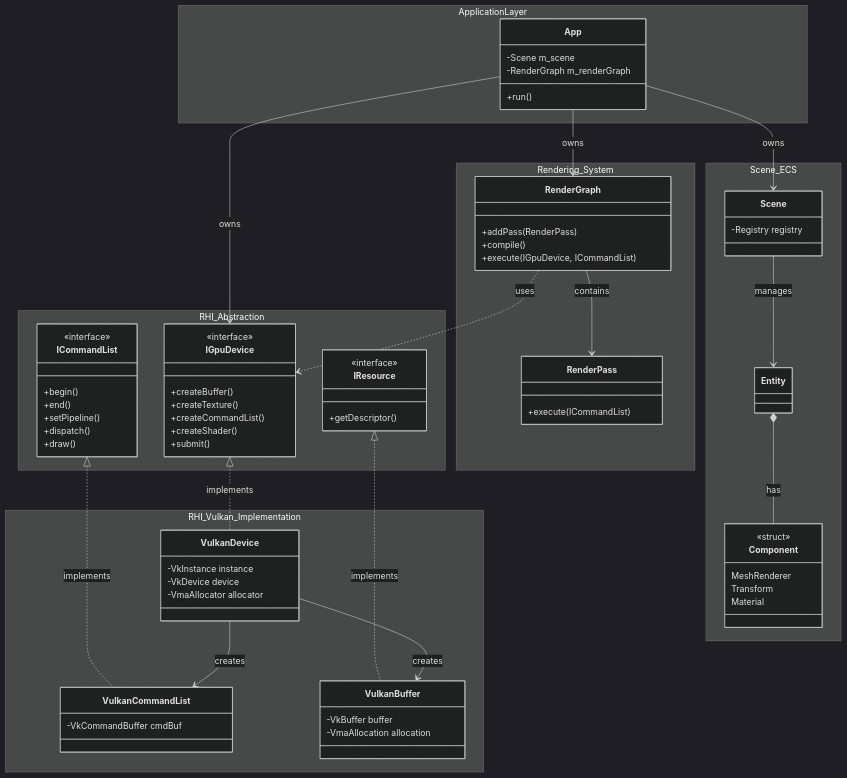
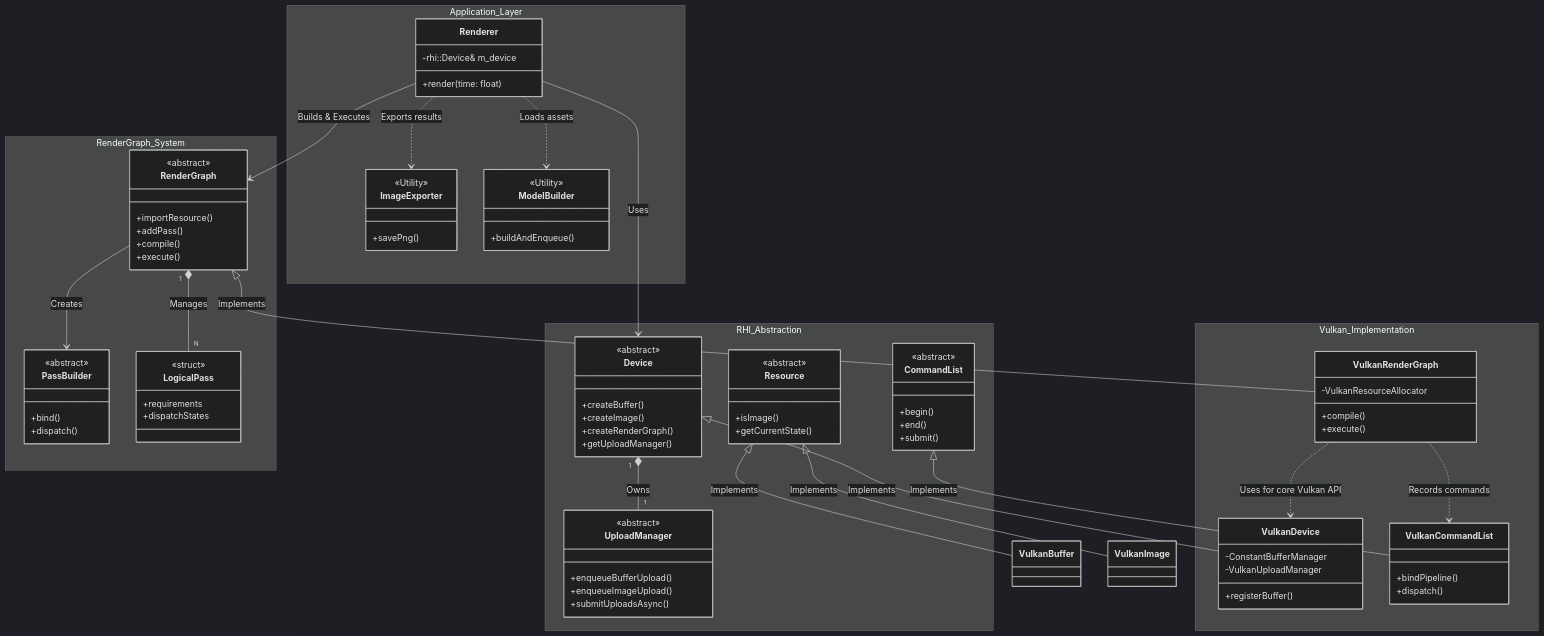
One commit to Totan256/MyRenderer changed the diagram in udm.md. Above: the diagram before and after it, drawn with Mermaid (dark theme). The commit also changed other lines of this file and 22 other files, not shown here.

````diff
--- a/udm.md
+++ b/udm.md
@@ -86,99 +1,100 @@
 ```mermaid
 classDiagram
-    namespace ApplicationLayer {
-        class App {
-            +run()
-            -Scene m_scene
-            -RenderGraph m_renderGraph
+    namespace Application_Layer {
+        class Renderer {
+            -rhi::Device& m_device
+            +render(time: float)
+        }
+        class ImageExporter {
+            <<Utility>>
+            +savePng()
+        }
+        class ModelBuilder {
+            <<Utility>>
+            +buildAndEnqueue()
+        }
+    }
+
+    namespace RenderGraph_System {
+        class RenderGraph {
+            <<abstract>>
+            +importResource()
+            +addPass()
+            +compile()
+            +execute()
+        }
+        class PassBuilder {
+            <<abstract>>
+            +bind()
+            +dispatch()
+        }
+        class LogicalPass {
+            <<struct>>
+            +requirements
+            +dispatchStates
         }
     }
 
     namespace RHI_Abstraction {
-        %% Graphics APIの抽象化インターフェース
-        class IGpuDevice {
-            <<interface>>
+        class Device {
+            <<abstract>>
             +createBuffer()
-            +createTexture()
-            +createCommandList()
-            +createShader()
+            +createImage()
+            +createRenderGraph()
+            +getUploadManager()
+        }
+        class CommandList {
+            <<abstract>>
+            +begin()
+            +end()
             +submit()
         }
-        
-        class ICommandList {
-            <<interface>>
-            +begin()
-            +end()
-            +setPipeline()
-            +dispatch()
-            +draw()
+        class UploadManager {
+            <<abstract>>
+            +enqueueBufferUpload()
+            +enqueueImageUpload()
+            +submitUploadsAsync()
         }
-        
-        class IResource {
-            <<interface>>
-            +getDescriptor()
+        class Resource {
+            <<abstract>>
+            +isImage()
+            +getCurrentState()
         }
     }
 
-    namespace RHI_Vulkan_Implementation {
-        %% Vulkan固有の実装
+    namespace Vulkan_Implementation {
         class VulkanDevice {
-            -VkInstance instance
-            -VkDevice device
-            -VmaAllocator allocator
+            -ConstantBufferManager
+            -VulkanUploadManager
+            +registerBuffer()
         }
-        
+        class VulkanRenderGraph {
+            -VulkanResourceAllocator
+            +compile()
+            +execute()
+        }
         class VulkanCommandList {
-            -VkCommandBuffer cmdBuf
-        }
-        
-        class VulkanBuffer {
-            -VkBuffer buffer
-            -VmaAllocation allocation
-        }
-    }
-
-    namespace Scene_ECS {
-        %% ECSとシーン管理
-        class Scene {
-            -Registry registry
-        }
-        class Entity
-        class Component {
-            <<struct>>
-            MeshRenderer
-            Transform
-            Material
-        }
-    }
-
-    namespace Rendering_System {
-        %% レンダーグラフとパス管理
-        class RenderGraph {
-            +addPass(RenderPass)
-            +compile()
-            +execute(IGpuDevice, ICommandList)
-        }
-        
-        class RenderPass {
-            +execute(ICommandList)
+            +bindPipeline()
+            +dispatch()
         }
     }
 
     %% Relationships
-    App --> IGpuDevice : owns
-    App --> Scene : owns
-    App --> RenderGraph : owns
+    Renderer --> Device : Uses
+    Renderer --> RenderGraph : Builds & Executes
+    Renderer ..> ImageExporter : Exports results
+    Renderer ..> ModelBuilder : Loads assets
 
-    IGpuDevice <|.. VulkanDevice : implements
-    ICommandList <|.. VulkanCommandList : implements
-    IResource <|.. VulkanBuffer : implements
+    Device <|-- VulkanDevice : Implements
+    RenderGraph <|-- VulkanRenderGraph : Implements
+    CommandList <|-- VulkanCommandList : Implements
+    Resource <|-- VulkanBuffer : Implements
+    Resource <|-- VulkanImage : Implements
 
-    VulkanDevice --> VulkanCommandList : creates
-    VulkanDevice --> VulkanBuffer : creates
+    Device "1" *-- "1" UploadManager : Owns
+    RenderGraph "1" *-- "N" LogicalPass : Manages
+    RenderGraph --> PassBuilder : Creates
 
-    RenderGraph --> RenderPass : contains
-    RenderGraph ..> IGpuDevice : uses
-    
-    Scene --> Entity : manages
-    Entity *-- Component : has
+    VulkanRenderGraph ..> VulkanCommandList : Records commands
+    VulkanRenderGraph ..> VulkanDevice : Uses for core Vulkan API
 ```
````
